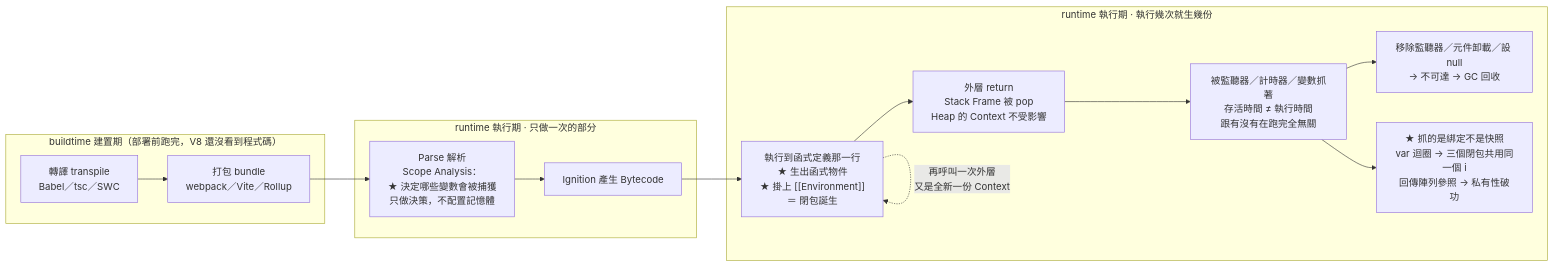
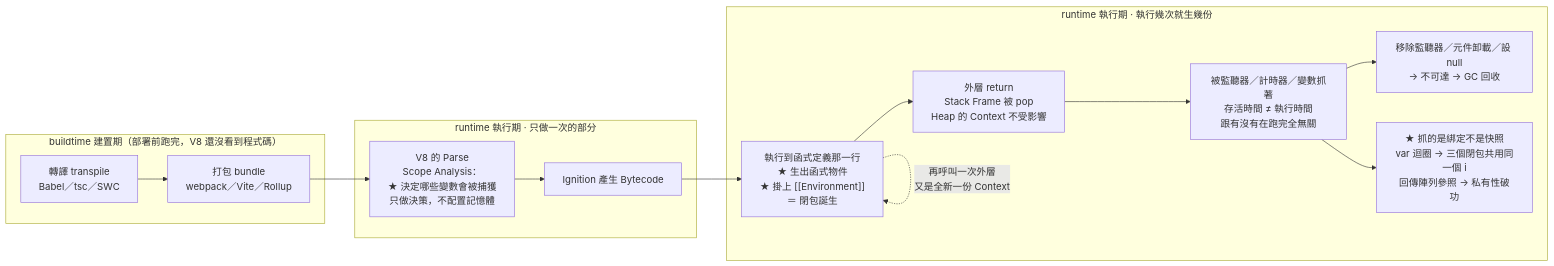
The diagram in frontend-docs/javascript/JS_Core_and_Runtime/13-閉包-Closure-私有變數與傳址陷阱.md (Abbychickenfillet-github/golang-and-TS-others-md-files), drawn with Mermaid before and after one commit. The commit also changed other lines of this file, not shown here.

First line of the commit message:
docs: 13 號筆記釐清「編譯」是 runtime 的 V8 Parse 與 Bytecode，與 buildtime 打包不同，附對照表

````diff
--- a/frontend-docs/javascript/JS_Core_and_Runtime/13-閉包-Closure-私有變數與傳址陷阱.md
+++ b/frontend-docs/javascript/JS_Core_and_Runtime/13-閉包-Closure-私有變數與傳址陷阱.md
@@ -99,18 +99,18 @@
 ```mermaid
 flowchart LR
     subgraph BT["buildtime 建置期（部署前跑完，V8 還沒看到程式碼）"]
         T["轉譯 transpile<br/>Babel／tsc／SWC"] --> BU["打包 bundle<br/>webpack／Vite／Rollup"]
     end
     subgraph RT1["runtime 執行期 · 只做一次的部分"]
-        P["Parse 解析<br/>Scope Analysis：<br/>★ 決定哪些變數會被捕獲<br/>只做決策，不配置記憶體"] --> BC["Ignition 產生 Bytecode"]
+        P["V8 的 Parse<br/>Scope Analysis：<br/>★ 決定哪些變數會被捕獲<br/>只做決策，不配置記憶體"] --> BC["Ignition 產生 Bytecode"]
     end
     subgraph RT2["runtime 執行期 · 執行幾次就生幾份"]
         F["執行到函式定義那一行<br/>★ 生出函式物件<br/>★ 掛上 [[Environment]]<br/>＝ 閉包誕生"] --> RE["外層 return<br/>Stack Frame 被 pop<br/>Heap 的 Context 不受影響"]
         RE --> HOLD["被監聽器／計時器／變數抓著<br/>存活時間 ≠ 執行時間<br/>跟有沒有在跑完全無關"]
         HOLD --> CUT["移除監聽器／元件卸載／設 null<br/>→ 不可達 → GC 回收"]
         HOLD --> SHARE["★ 抓的是綁定不是快照<br/>var 迴圈 → 三個閉包共用同一個 i<br/>回傳陣列參照 → 私有性破功"]
     end
     BU --> P
     BC --> F
     F -.->|"再呼叫一次外層<br/>又是全新一份 Context"| F
 ```
````
